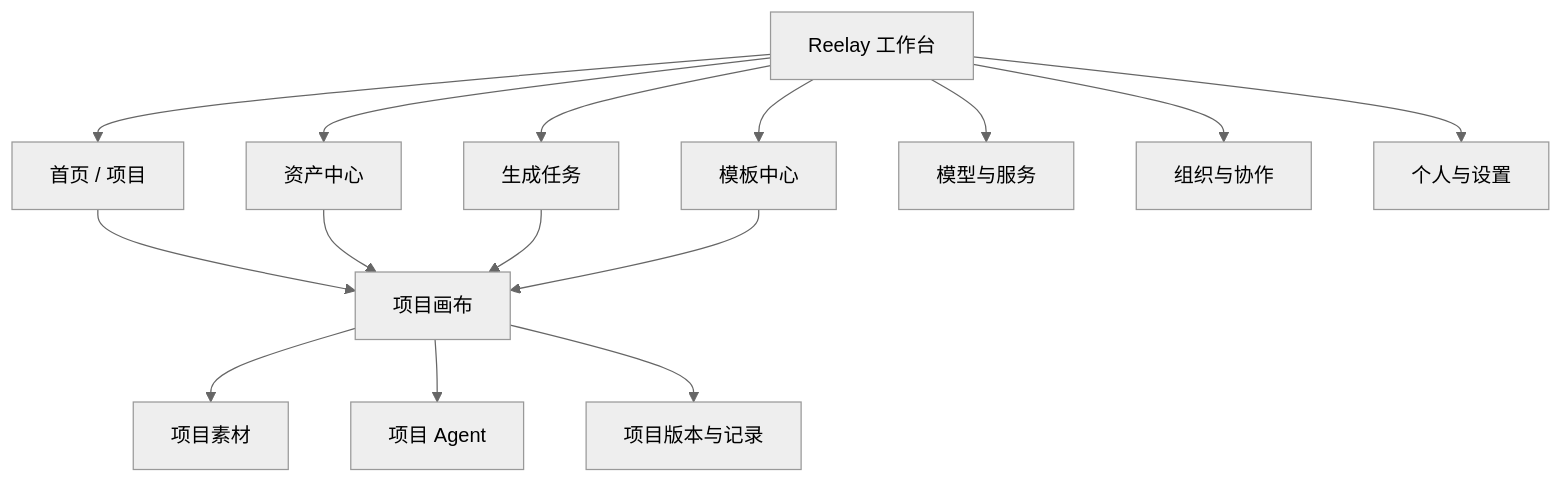
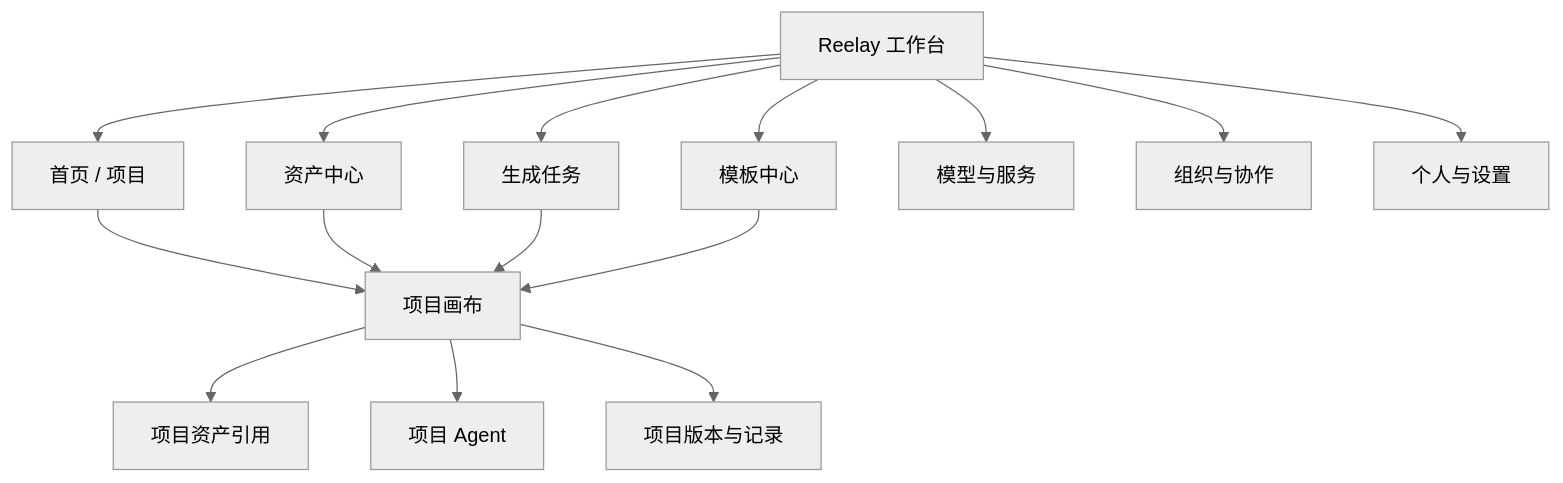
The second of 3 diagrams in docs/product-expansion-plan.md (Heo7n/reelay-canvas-prototype), drawn with Mermaid (neutral theme) before and after one commit. The commit also changed other lines of this file and 17 other files, not shown here.

````diff
--- a/docs/product-expansion-plan.md
+++ b/docs/product-expansion-plan.md
@@ -33,20 +46,20 @@
 ```mermaid
 flowchart TD
   Shell["Reelay 工作台"]
   Shell --> Home["首页 / 项目"]
   Shell --> Assets["资产中心"]
   Shell --> Generations["生成任务"]
   Shell --> Templates["模板中心"]
   Shell --> Models["模型与服务"]
   Shell --> Team["组织与协作"]
   Shell --> Settings["个人与设置"]
 
   Home --> Canvas["项目画布"]
   Assets --> Canvas
   Generations --> Canvas
   Templates --> Canvas
 
-  Canvas --> ProjectAssets["项目素材"]
+  Canvas --> ProjectAssets["项目资产引用"]
   Canvas --> ProjectAgent["项目 Agent"]
   Canvas --> ProjectHistory["项目版本与记录"]
 ```
````
